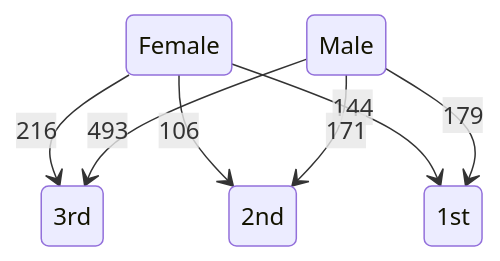
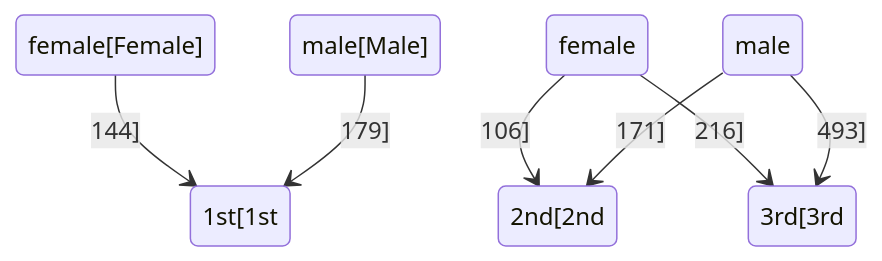
One commit to antononcube/Raku-LLM-Functions changed the fourth of 7 diagrams in docs/Workflows-with-LLM-functions_woven.md. Above: the diagram before and after it, drawn with Mermaid. The commit also changed other lines of this file, not shown here.

````diff
--- a/docs/Workflows-with-LLM-functions_woven.md
+++ b/docs/Workflows-with-LLM-functions_woven.md
@@ -564,11 +527,9 @@
 ```mermaid
 stateDiagram
-    state Female
-    state Male
-    Female --> 3rd : 216
-    Female --> 2nd : 106
-    Female --> 1st : 144
-    Male --> 3rd : 493
-    Male --> 1st : 179
-    Male --> 2nd : 171
+  female[Female] --> 1st[1st: 144]
+  female --> 2nd[2nd: 106]
+  female --> 3rd[3rd: 216]
+  male[Male] --> 1st[1st: 179]
+  male --> 2nd[2nd: 171]
+  male --> 3rd[3rd: 493]
 ```
````
